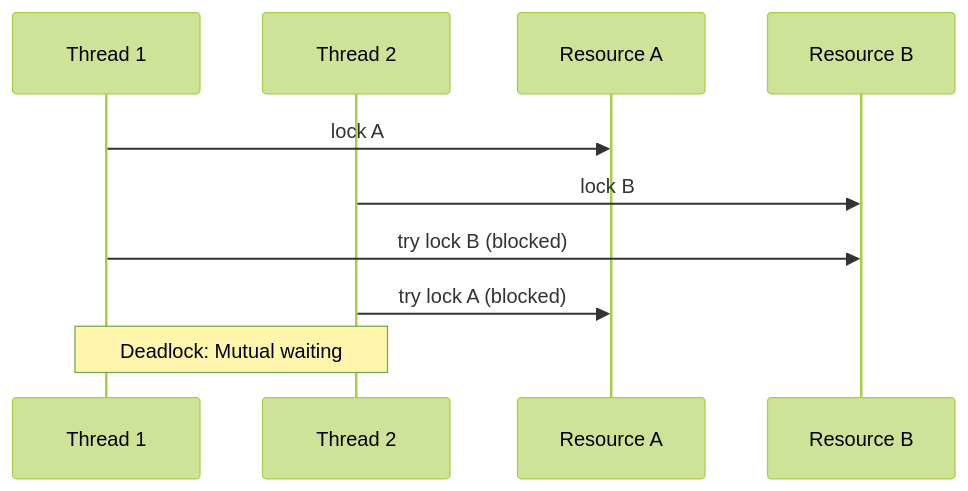
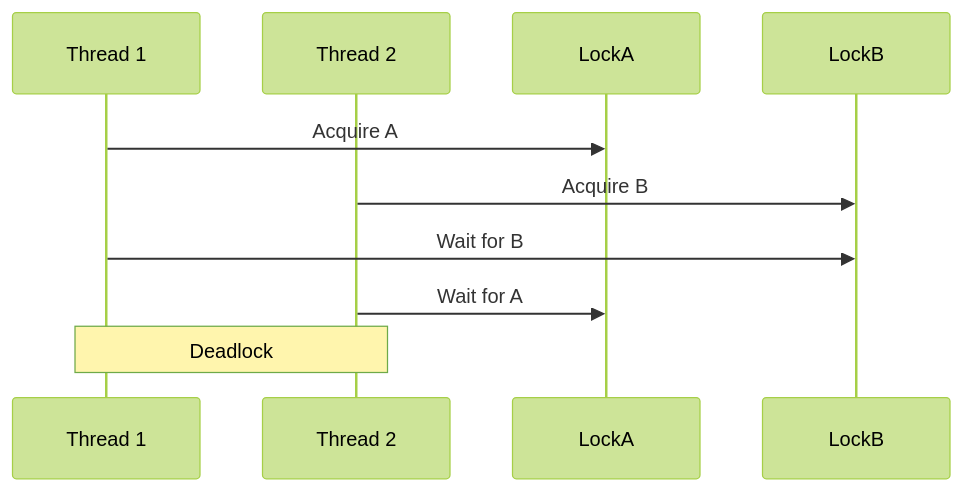
One commit to VrushankPatel/interview-matters changed the second of 2 diagrams in java-multithreading-and-concurrency/README.md. Above: the diagram before and after it, drawn with Mermaid (forest theme). The commit also changed other lines of this file and 3 other files, not shown here.

````diff
--- a/java-multithreading-and-concurrency/README.md
+++ b/java-multithreading-and-concurrency/README.md
@@ -109,12 +256,12 @@
 ```mermaid
 sequenceDiagram
     participant T1 as Thread 1
     participant T2 as Thread 2
-    participant A as Resource A
-    participant B as Resource B
-    T1->>A: lock A
-    T2->>B: lock B
-    T1->>B: try lock B (blocked)
-    T2->>A: try lock A (blocked)
-    Note over T1,T2: Deadlock: Mutual waiting
+    participant LockA
+    participant LockB
+    T1->>LockA: Acquire A
+    T2->>LockB: Acquire B
+    T1->>LockB: Wait for B
+    T2->>LockA: Wait for A
+    Note over T1,T2: Deadlock
 ```
````
